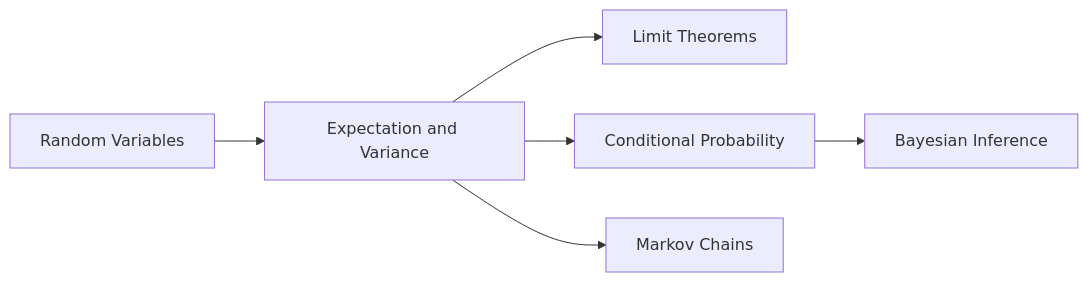
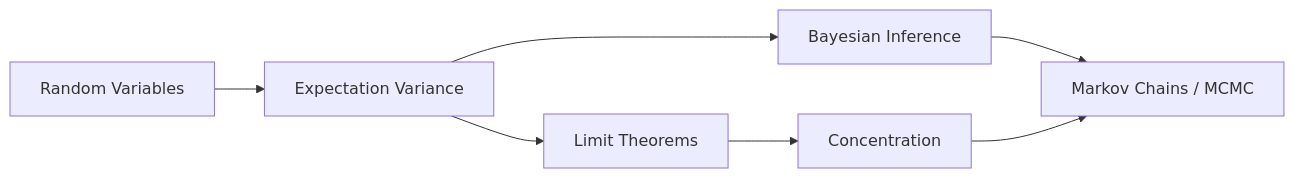
One commit to kanthi/books changed the diagram in books/Maths/content/17-Probability-Advanced/00-intro.md. Above: the diagram before and after it, drawn with Mermaid. The commit also changed other lines of this file and 45 other files, not shown here.

````diff
--- a/books/Maths/content/17-Probability-Advanced/00-intro.md
+++ b/books/Maths/content/17-Probability-Advanced/00-intro.md
@@ -15,8 +19,9 @@
 ```mermaid
 flowchart LR
-  A[Random Variables] --> B[Expectation and Variance]
+  A[Random Variables] --> B[Expectation Variance]
   B --> C[Limit Theorems]
-  B --> D[Conditional Probability]
-  D --> E[Bayesian Inference]
-  B --> F[Markov Chains]
+  B --> D[Bayesian Inference]
+  C --> E[Concentration]
+  D --> F[Markov Chains / MCMC]
+  E --> F
 ```
````
